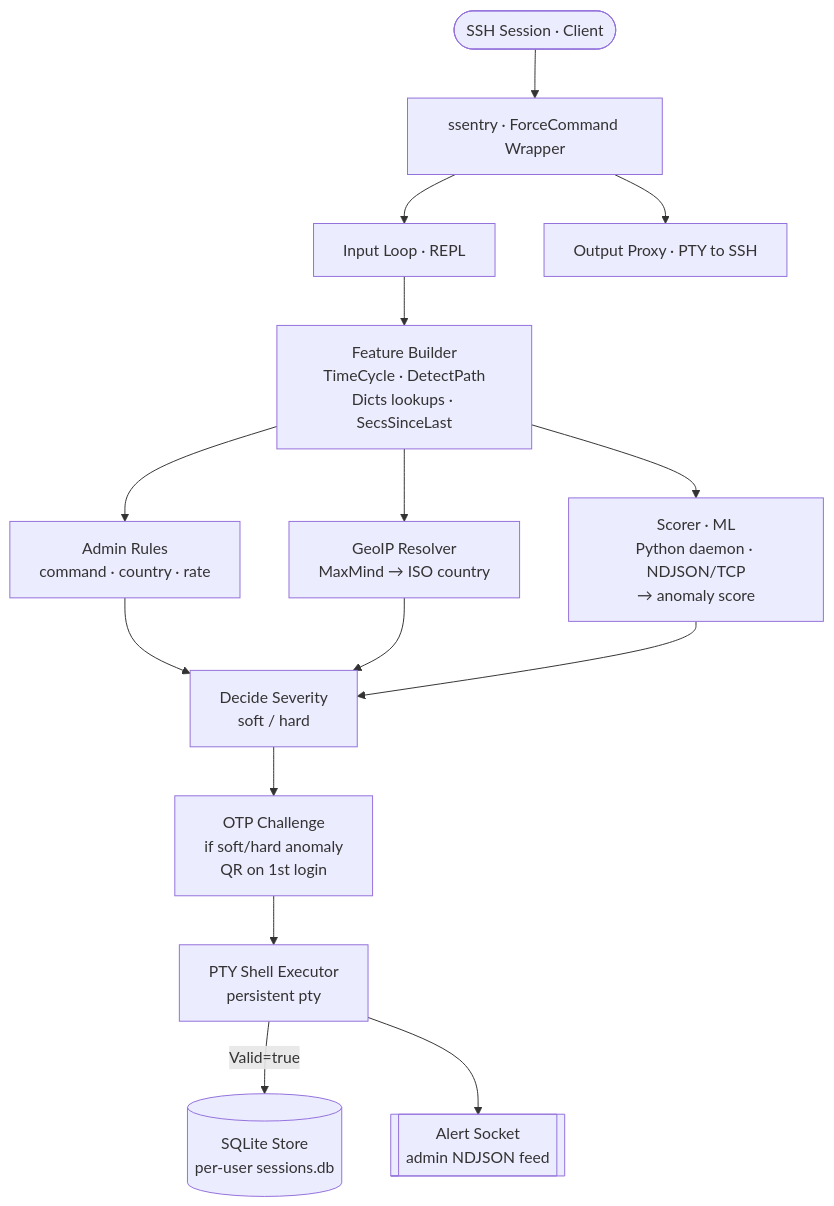
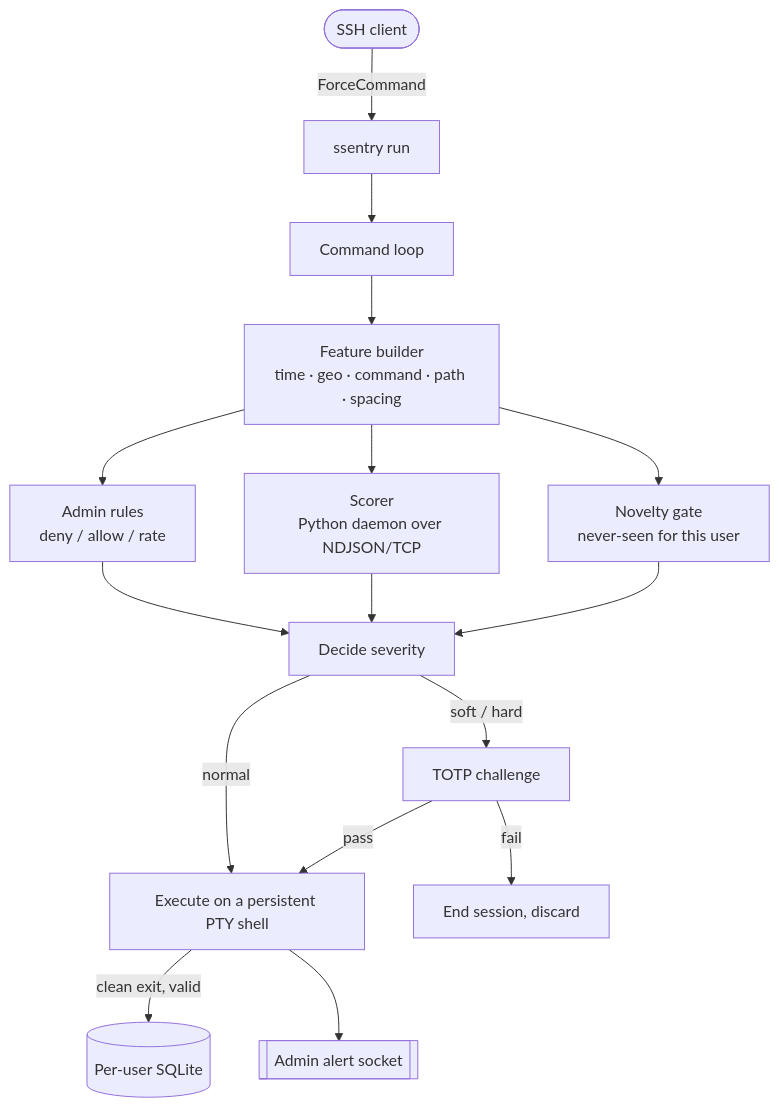
One commit to IceWizard98/ShellSentry changed the first of 4 diagrams in README.md. Above: the diagram before and after it, drawn with Mermaid. The commit also changed other lines of this file and 2 other files, not shown here.

````diff
--- a/README.md
+++ b/README.md
@@ -27,24 +86,23 @@
 ```mermaid
 flowchart TD
-    Client([SSH Session · Client])
-    Client --> Wrapper[ssentry · ForceCommand Wrapper]
+    Client([SSH client]) -->|ForceCommand| Wrapper[ssentry run]
 
-    Wrapper --> REPL[Input Loop · REPL]
-    Wrapper --> Proxy[Output Proxy · PTY to SSH]
+    Wrapper --> REPL[Command loop]
+    REPL --> FB[Feature builder<br/>time · geo · command · path · spacing]
 
-    REPL --> FB[Feature Builder<br/>TimeCycle · DetectPath<br/>Dicts lookups · SecsSinceLast]
+    FB --> Rules[Admin rules<br/>deny / allow / rate]
+    FB --> Scorer[Scorer<br/>Python daemon over NDJSON/TCP]
+    FB --> Nov[Novelty gate<br/>never-seen for this user]
 
-    FB --> Rules[Admin Rules<br/>command · country · rate]
-    FB --> Geo[GeoIP Resolver<br/>MaxMind → ISO country]
-    FB --> Scorer[Scorer · ML<br/>Python daemon · NDJSON/TCP<br/>→ anomaly score]
+    Rules --> Decide[Decide severity]
+    Scorer --> Decide
+    Nov --> Decide
 
-    Rules --> Decide[Decide Severity<br/>soft / hard]
-    Geo --> Decide
-    Scorer --> Decide
+    Decide -->|soft / hard| OTP[TOTP challenge]
+    Decide -->|normal| Exec
+    OTP -->|pass| Exec[Execute on a persistent PTY shell]
+    OTP -->|fail| Kill[End session, discard]
 
-    Decide --> OTP[OTP Challenge<br/>if soft/hard anomaly<br/>QR on 1st login]
-    OTP --> Shell[PTY Shell Executor<br/>persistent pty]
-
-    Shell -->|Valid=true| Store[(SQLite Store<br/>per-user sessions.db)]
-    Shell --> Alert[[Alert Socket<br/>admin NDJSON feed]]
+    Exec -->|clean exit, valid| Store[(Per-user SQLite)]
+    Exec --> Alerts[[Admin alert socket]]
 ```
````
